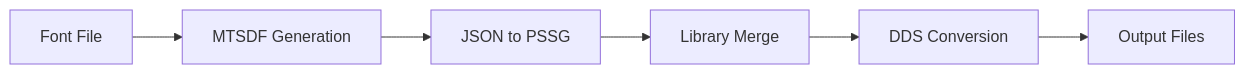
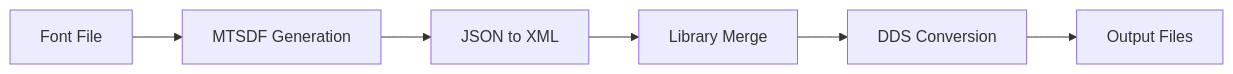
The diagram in README.md (Ftoaster/Dr2-Font-Generator), drawn with Mermaid before and after one commit. The commit also changed other lines of this file and 3 other files, not shown here.

````diff
--- a/README.md
+++ b/README.md
@@ -73,8 +73,8 @@
 ```mermaid
 graph LR
     A[Font File] --> B[MTSDF Generation]
-    B --> C[JSON to PSSG]
+    B --> C[JSON to XML]
     C --> D[Library Merge]
     D --> E[DDS Conversion]
     E --> F[Output Files]
 ```
````
